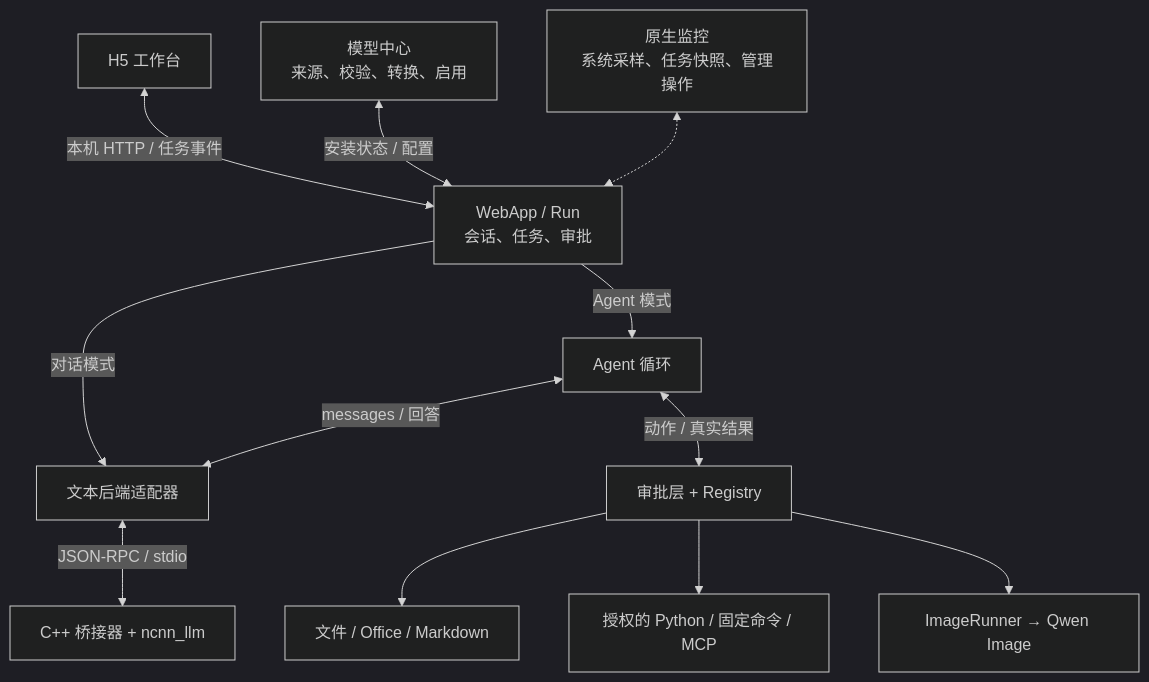
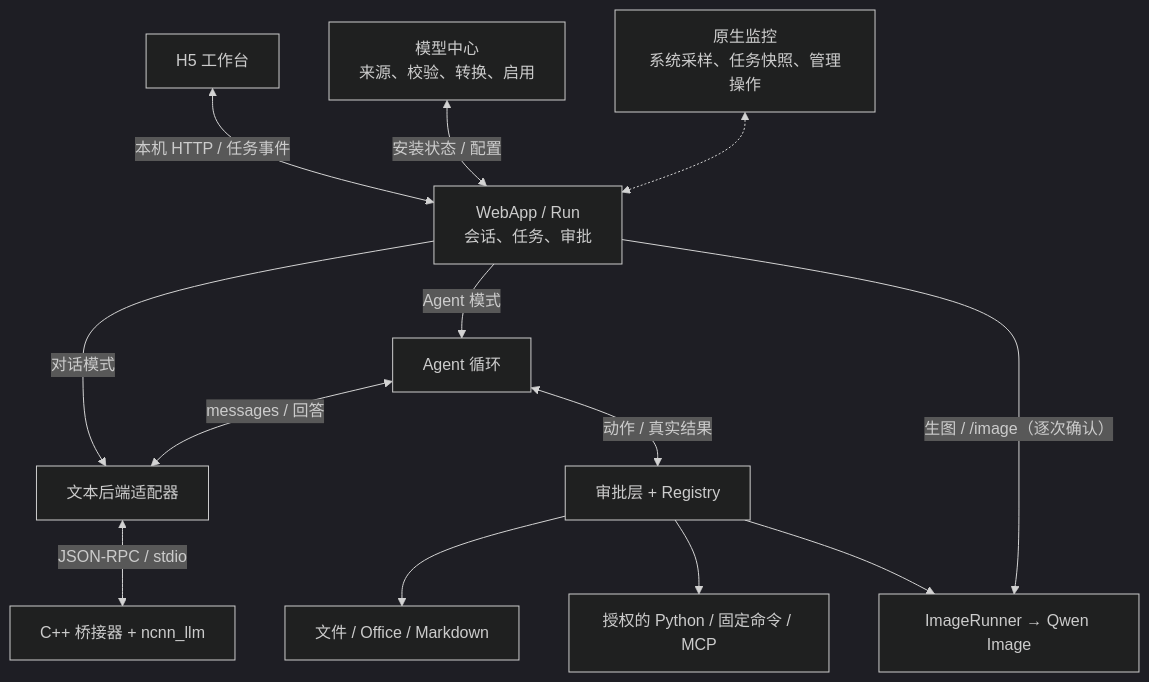
The diagram in README.md (chentyjpm/ncnn_llm-agent-demo), drawn with Mermaid (dark theme) before and after one commit. The commit also changed other lines of this file and 8 other files, not shown here.

First line of the commit message:
docs: add approved anime cover and three illustrated architecture guides

````diff
--- a/README.md
+++ b/README.md
@@ -167,14 +205,15 @@
 ```mermaid
 flowchart TB
     UI["H5 工作台"] <-->|"本机 HTTP / 任务事件"| WEB["WebApp / Run<br/>会话、任务、审批"]
     WEB -->|"对话模式"| B["文本后端适配器"]
     WEB -->|"Agent 模式"| A["Agent 循环"]
+    WEB -->|"生图 / /image（逐次确认）"| I
     A <-->|"messages / 回答"| B
     B <-->|"JSON-RPC / stdio"| L["C++ 桥接器 + ncnn_llm"]
     A <-->|"动作 / 真实结果"| T["审批层 + Registry"]
     T --> D["文件 / Office / Markdown"]
     T --> E["授权的 Python / 固定命令 / MCP"]
     T --> I["ImageRunner → Qwen Image"]
     HUB["模型中心<br/>来源、校验、转换、启用"] <-->|"安装状态 / 配置"| WEB
     MON["原生监控<br/>系统采样、任务快照、管理操作"] <-.-> WEB
 ```
````
